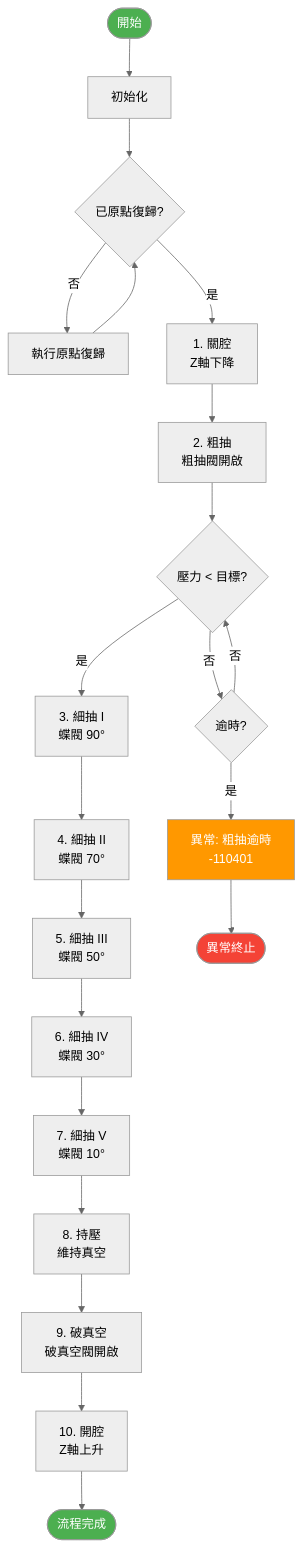
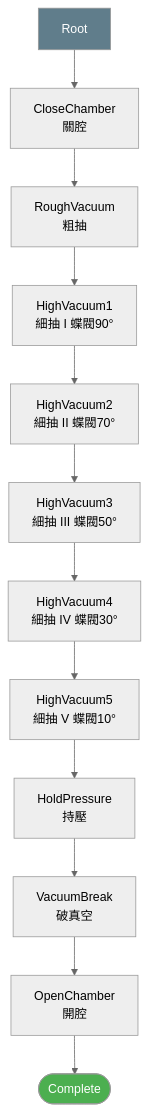
The third of 4 diagrams in VacuumDryer/docs/architecture.md (guachen0408/VCD), drawn with Mermaid (neutral theme) before and after one commit. The commit also changed other lines of this file and 103 other files, not shown here.

````diff
--- a/VacuumDryer/docs/architecture.md
+++ b/VacuumDryer/docs/architecture.md
@@ -140,32 +185,17 @@
 ```mermaid
 flowchart TD
-    Start([開始]) --> Init[初始化]
-    Init --> CheckHome{已原點復歸?}
-    CheckHome -->|否| Home[執行原點復歸]
-    Home --> CheckHome
-    CheckHome -->|是| Close[1. 關腔<br/>Z軸下降]
+    Root["Root"] --> CC["CloseChamber<br/>關腔"]
+    CC --> RV["RoughVacuum<br/>粗抽"]
+    RV --> HV1["HighVacuum1<br/>細抽 I 蝶閥90°"]
+    HV1 --> HV2["HighVacuum2<br/>細抽 II 蝶閥70°"]
+    HV2 --> HV3["HighVacuum3<br/>細抽 III 蝶閥50°"]
+    HV3 --> HV4["HighVacuum4<br/>細抽 IV 蝶閥30°"]
+    HV4 --> HV5["HighVacuum5<br/>細抽 V 蝶閥10°"]
+    HV5 --> HP["HoldPressure<br/>持壓"]
+    HP --> VB["VacuumBreak<br/>破真空"]
+    VB --> OC["OpenChamber<br/>開腔"]
+    OC --> Done(["Complete"])
     
-    Close --> Rough[2. 粗抽<br/>粗抽閥開啟]
-    Rough --> CheckRough{壓力 < 目標?}
-    CheckRough -->|否| CheckTimeout1{逾時?}
-    CheckTimeout1 -->|否| CheckRough
-    CheckTimeout1 -->|是| Alarm1[異常: 粗抽逾時<br/>-110401]
-    CheckRough -->|是| High1[3. 細抽 I<br/>蝶閥 90°]
-    
-    High1 --> High2[4. 細抽 II<br/>蝶閥 70°]
-    High2 --> High3[5. 細抽 III<br/>蝶閥 50°]
-    High3 --> High4[6. 細抽 IV<br/>蝶閥 30°]
-    High4 --> High5[7. 細抽 V<br/>蝶閥 10°]
-    
-    High5 --> Hold[8. 持壓<br/>維持真空]
-    Hold --> Break[9. 破真空<br/>破真空閥開啟]
-    Break --> Open[10. 開腔<br/>Z軸上升]
-    Open --> Complete([流程完成])
-    
-    Alarm1 --> Error([異常終止])
-    
-    style Start fill:#4CAF50,color:white
-    style Complete fill:#4CAF50,color:white
-    style Error fill:#F44336,color:white
-    style Alarm1 fill:#FF9800,color:white
+    style Root fill:#607D8B,color:white
+    style Done fill:#4CAF50,color:white
 ```
````
